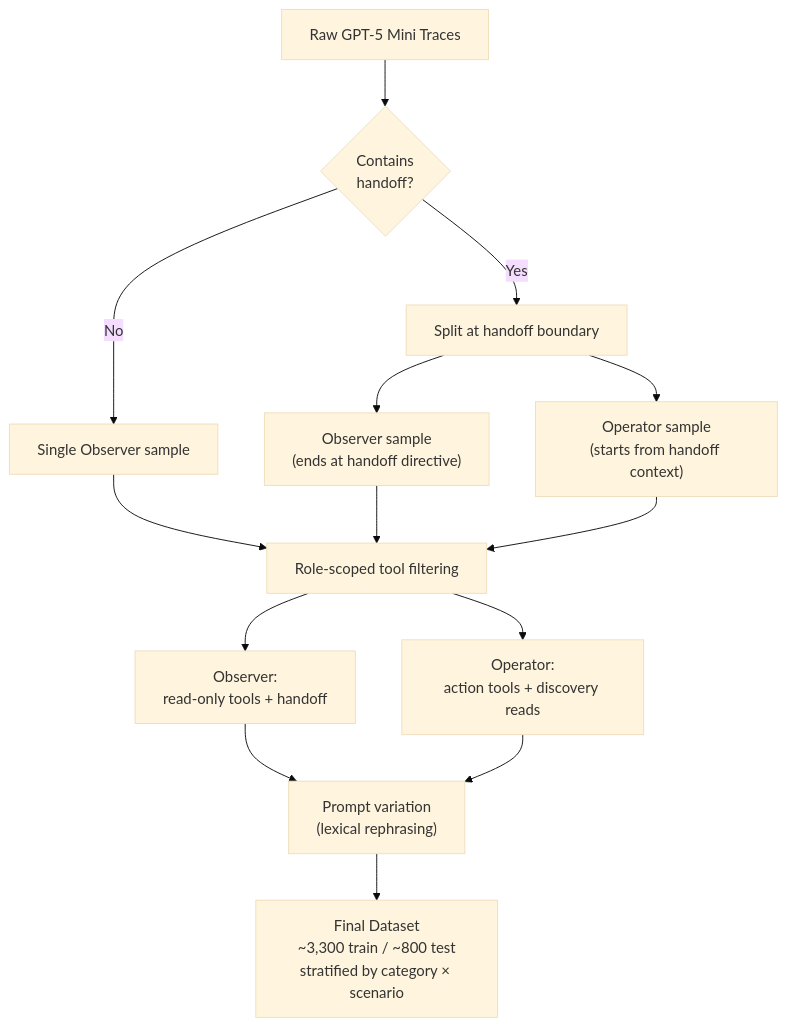
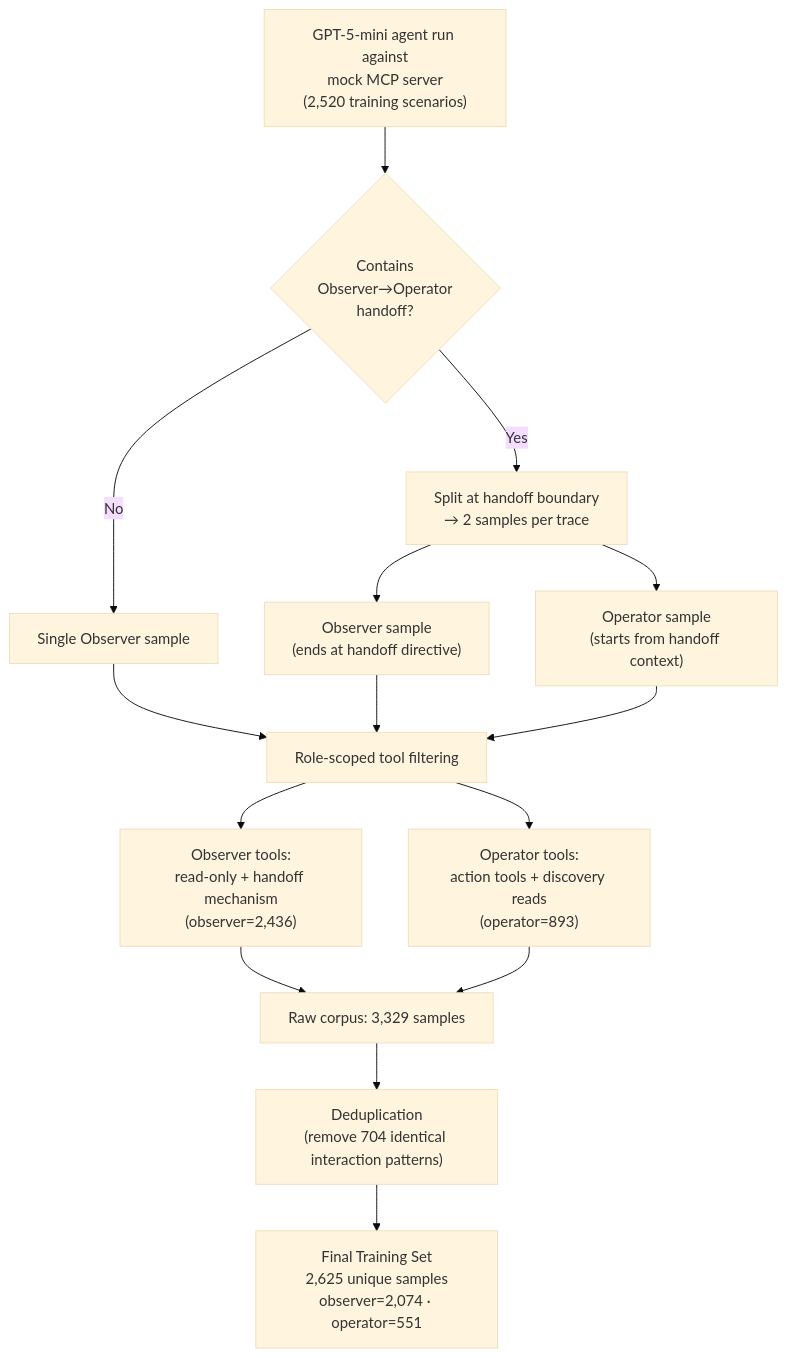
The diagram in report/data_augmentation_pipeline.mmd (DanhNguyennene/capstone_project_final), drawn with Mermaid (base theme) before and after one commit. The commit also changed 454 other files, not shown here.

```diff
--- a/report/data_augmentation_pipeline.mmd
+++ b/report/data_augmentation_pipeline.mmd
@@ -1,18 +1,19 @@
 flowchart TD
-    A["Raw GPT-5 Mini Traces"] --> B{"Contains\nhandoff?"}
-    B -->|"Yes"| C["Split at handoff boundary"]
+    A["GPT-5-mini agent run against\nmock MCP server\n(2,520 training scenarios)"] --> B{"Contains\nObserver→Operator\nhandoff?"}
+    B -->|"Yes"| C["Split at handoff boundary\n→ 2 samples per trace"]
     B -->|"No"| D["Single Observer sample"]
     C --> E["Observer sample\n(ends at handoff directive)"]
     C --> F["Operator sample\n(starts from handoff context)"]
 
     D --> G["Role-scoped tool filtering"]
     E --> G
     F --> G
 
-    G --> H["Observer:\nread-only tools + handoff"]
-    G --> I["Operator:\naction tools + discovery reads"]
+    G --> H["Observer tools:\nread-only + handoff mechanism\n(observer=2,436)"]
+    G --> I["Operator tools:\naction tools + discovery reads\n(operator=893)"]
 
-    H --> J["Prompt variation\n(lexical rephrasing)"]
+    H --> J["Raw corpus: 3,329 samples"]
     I --> J
 
-    J --> K["Final Dataset\n~3,300 train / ~800 test\nstratified by category × scenario"]
+    J --> K["Deduplication\n(remove 704 identical interaction patterns)"]
+    K --> L["Final Training Set\n2,625 unique samples\nobserver=2,074 · operator=551"]
```
